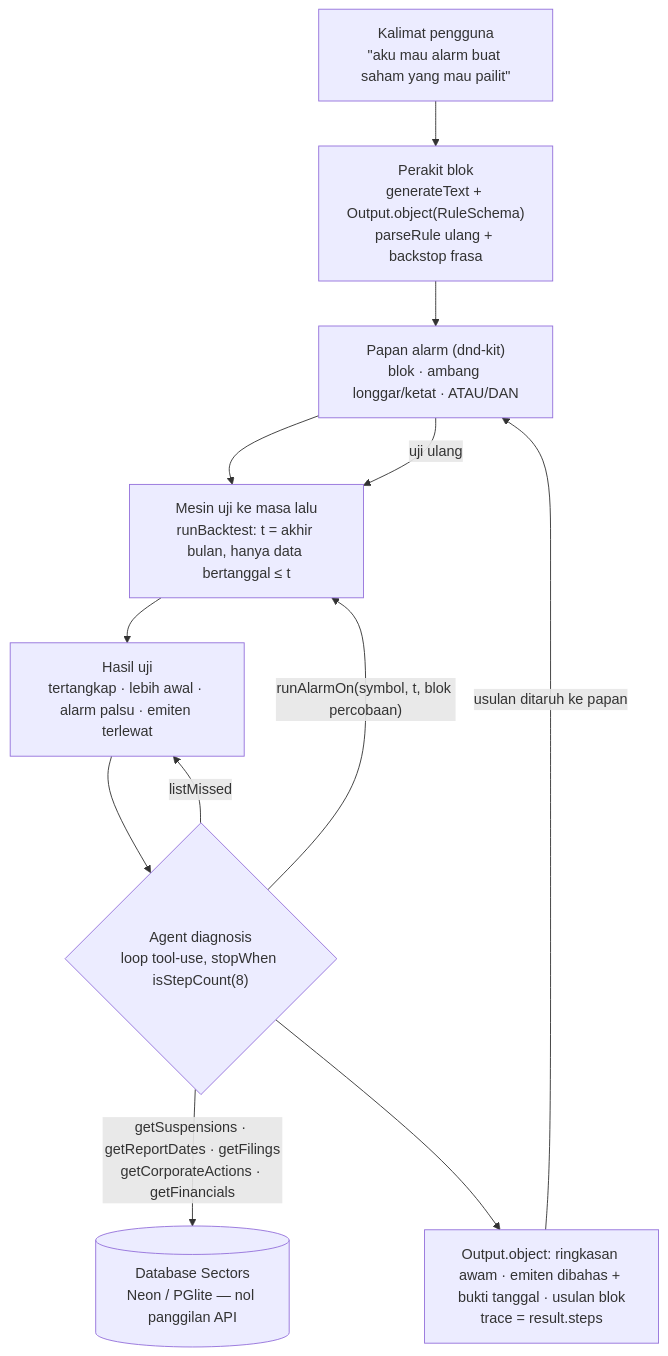
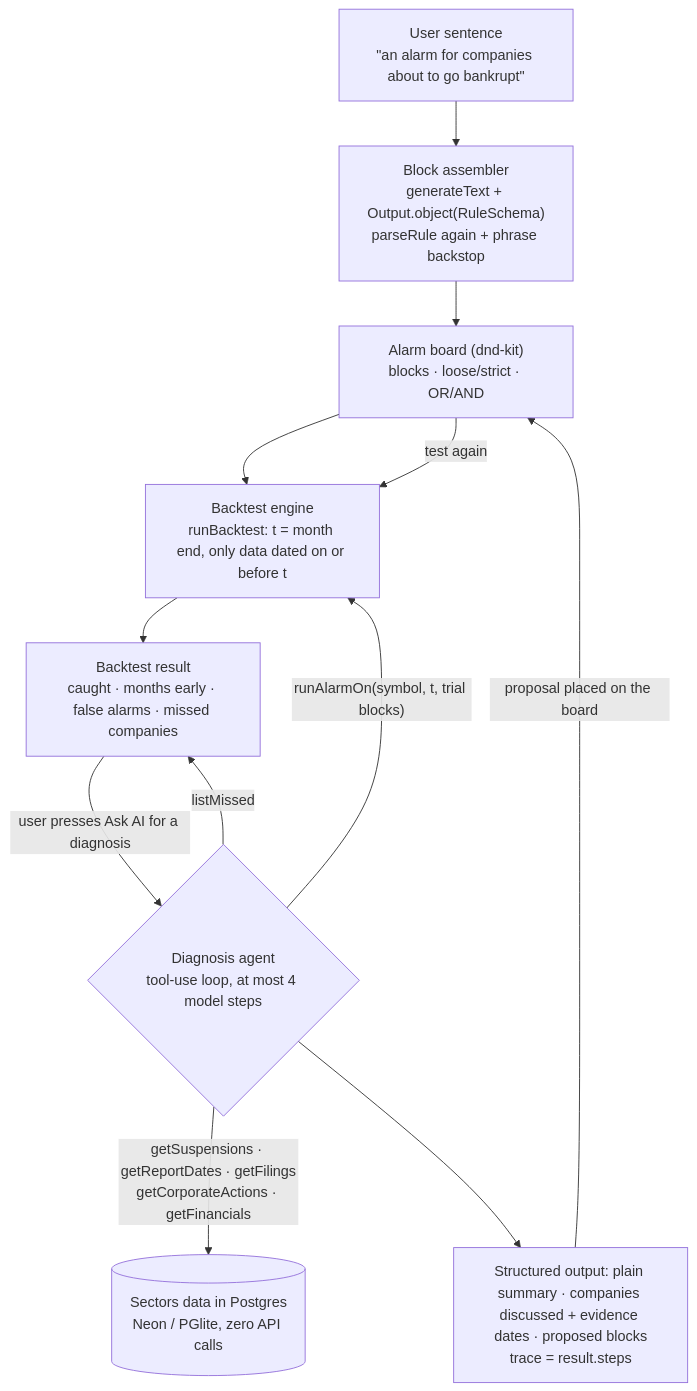
The first of 2 diagrams in README.md (fajaraji/alarm-saham), drawn with Mermaid before and after one commit. The commit also changed other lines of this file, not shown here.

````diff
--- a/README.md
+++ b/README.md
@@ -47,14 +55,14 @@
 ```mermaid
 flowchart TD
-    A["Kalimat pengguna<br/>&quot;aku mau alarm buat saham yang mau pailit&quot;"] --> B["Perakit blok<br/>generateText + Output.object(RuleSchema)<br/>parseRule ulang + backstop frasa"]
-    B --> C["Papan alarm (dnd-kit)<br/>blok · ambang longgar/ketat · ATAU/DAN"]
-    C --> D["Mesin uji ke masa lalu<br/>runBacktest: t = akhir bulan, hanya data bertanggal ≤ t"]
-    D --> E["Hasil uji<br/>tertangkap · lebih awal · alarm palsu · emiten terlewat"]
-    E --> F{"Agent diagnosis<br/>loop tool-use, stopWhen isStepCount(8)"}
+    A["User sentence<br/>&quot;an alarm for companies about to go bankrupt&quot;"] --> B["Block assembler<br/>generateText + Output.object(RuleSchema)<br/>parseRule again + phrase backstop"]
+    B --> C["Alarm board (dnd-kit)<br/>blocks · loose/strict · OR/AND"]
+    C --> D["Backtest engine<br/>runBacktest: t = month end, only data dated on or before t"]
+    D --> E["Backtest result<br/>caught · months early · false alarms · missed companies"]
+    E -->|"user presses Ask AI for a diagnosis"| F{"Diagnosis agent<br/>tool-use loop, at most 4 model steps"}
     F -->|listMissed| E
-    F -->|"getSuspensions · getReportDates · getFilings<br/>getCorporateActions · getFinancials"| DB[("Database Sectors<br/>Neon / PGlite — nol panggilan API")]
-    F -->|"runAlarmOn(symbol, t, blok percobaan)"| D
-    F --> G["Output.object: ringkasan awam · emiten dibahas + bukti tanggal · usulan blok<br/>trace = result.steps"]
-    G -->|usulan ditaruh ke papan| C
-    C -->|uji ulang| D
+    F -->|"getSuspensions · getReportDates · getFilings<br/>getCorporateActions · getFinancials"| DB[("Sectors data in Postgres<br/>Neon / PGlite, zero API calls")]
+    F -->|"runAlarmOn(symbol, t, trial blocks)"| D
+    F --> G["Structured output: plain summary · companies discussed + evidence dates · proposed blocks<br/>trace = result.steps"]
+    G -->|proposal placed on the board| C
+    C -->|test again| D
 ```
````
